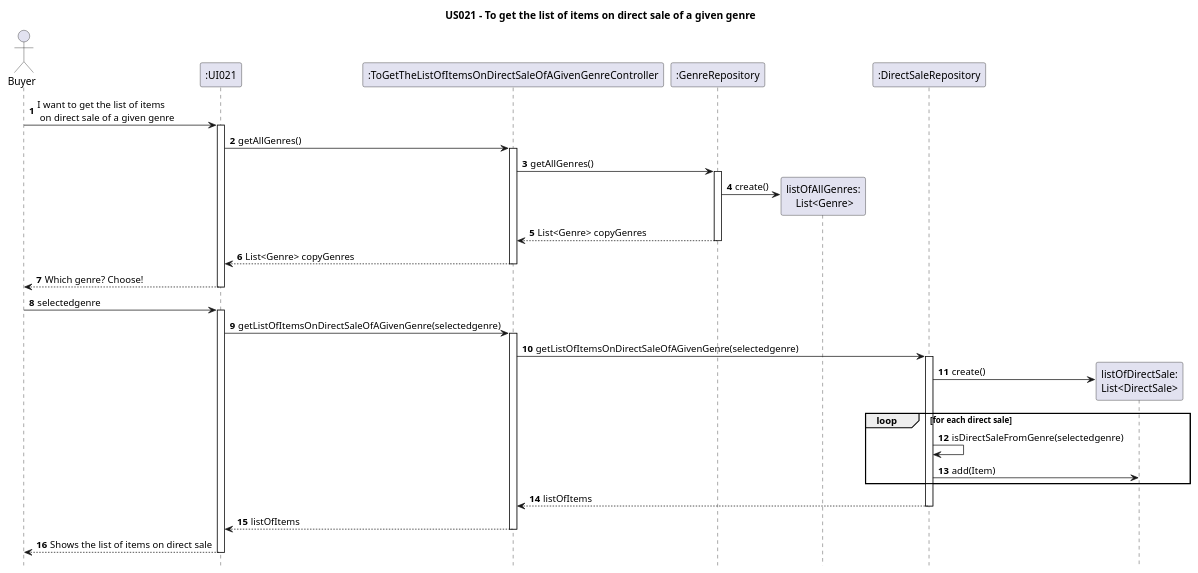
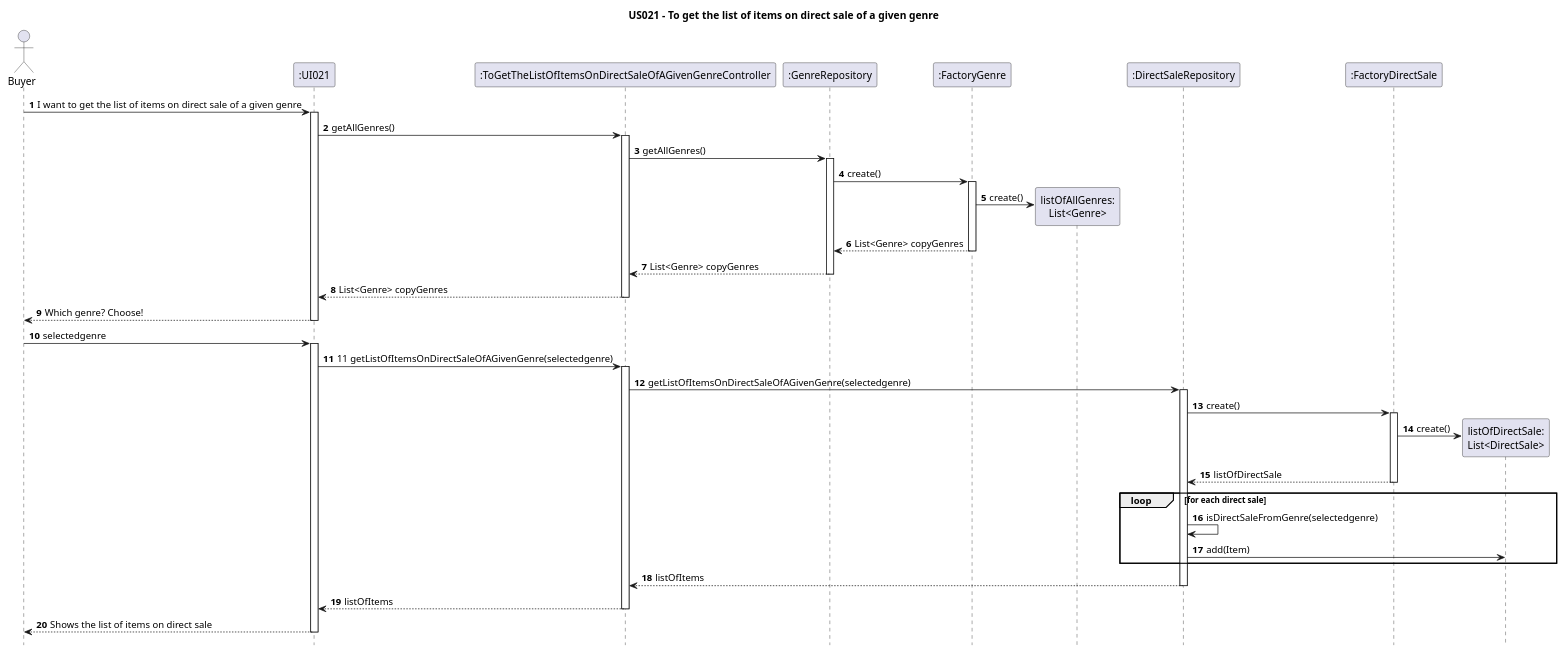
Before and after one commit to AndrePereiraGitH/SWitCH-Project-Team_A: the diagram in Diagrams/SequenceDiagrams/N2/US021-to-get-the-list-of-items-on-direct-sale-of-a-given-genre.puml, drawn with PlantUML. The commit also changed 1 other file, not shown here.

```diff
--- a/Diagrams/SequenceDiagrams/N2/US021-to-get-the-list-of-items-on-direct-sale-of-a-given-genre.puml
+++ b/Diagrams/SequenceDiagrams/N2/US021-to-get-the-list-of-items-on-direct-sale-of-a-given-genre.puml
@@ -1,55 +1,79 @@
 @startuml
 hide footbox
 autonumber
 title US021 - To get the list of items on direct sale of a given genre
 
 actor Buyer
 
 ' Participants
 participant ":UI021" as UI
 participant ":ToGetTheListOfItemsOnDirectSaleOfAGivenGenreController" as Ctrl
 participant ":GenreRepository" as GenreRepo
-participant "listOfAllGenres:\n List<Genre>" as ListGenre
+participant ":FactoryGenre" as FactoryGenre
+participant "listOfAllGenres:\nList<Genre>" as LG
 participant ":DirectSaleRepository" as DirectSaleRepo
-participant "listOfDirectSale:\nList<DirectSale>" as ListDS
+participant ":FactoryDirectSale" as FactoryDirectSale
+
 
 ' Interactions
 
 ' Section 1 - Get all genres
-Buyer -> UI : I want to get the list of items\n on direct sale of a given genre
+Buyer -> UI : I want to get the list of items on direct sale of a given genre
 activate UI
+
 UI -> Ctrl : getAllGenres()
 activate Ctrl
-Ctrl -> GenreRepo: getAllGenres()
+
+Ctrl -> GenreRepo : getAllGenres()
 activate GenreRepo
-GenreRepo -> ListGenre ** : create()
-GenreRepo --> Ctrl: List<Genre> copyGenres
+
+GenreRepo -> FactoryGenre : create()
+activate FactoryGenre
+
+FactoryGenre -> LG ** : create()
+
+FactoryGenre --> GenreRepo : List<Genre> copyGenres
+deactivate FactoryGenre
+
+GenreRepo --> Ctrl : List<Genre> copyGenres
 deactivate GenreRepo
 
 Ctrl --> UI : List<Genre> copyGenres
 deactivate Ctrl
-Buyer <-- UI : Which genre? Choose!
+
+UI --> Buyer : Which genre? Choose!
 deactivate UI
 
 ' Section 2 - Get list of direct sales with the genre chosen
 Buyer -> UI : selectedgenre
 activate UI
-UI -> Ctrl : getListOfItemsOnDirectSaleOfAGivenGenre(selectedgenre)
+
+UI -> Ctrl : 11 getListOfItemsOnDirectSaleOfAGivenGenre(selectedgenre)
 activate Ctrl
+
 Ctrl -> DirectSaleRepo : getListOfItemsOnDirectSaleOfAGivenGenre(selectedgenre)
 activate DirectSaleRepo
-DirectSaleRepo -> ListDS ** : create()
+
+DirectSaleRepo -> FactoryDirectSale : create()
+activate FactoryDirectSale
+
+FactoryDirectSale -> "listOfDirectSale:\nList<DirectSale>" ** : create()
+
+FactoryDirectSale --> DirectSaleRepo : listOfDirectSale
+deactivate FactoryDirectSale
 
 loop for each direct sale
     DirectSaleRepo -> DirectSaleRepo : isDirectSaleFromGenre(selectedgenre)
-    DirectSaleRepo -> ListDS: add(Item)
+    DirectSaleRepo -> "listOfDirectSale:\nList<DirectSale>" : add(Item)
 end
 
 DirectSaleRepo --> Ctrl : listOfItems
 deactivate DirectSaleRepo
+
 Ctrl --> UI : listOfItems
 deactivate Ctrl
+
 UI --> Buyer : Shows the list of items on direct sale
 deactivate UI
 
 @enduml
```
